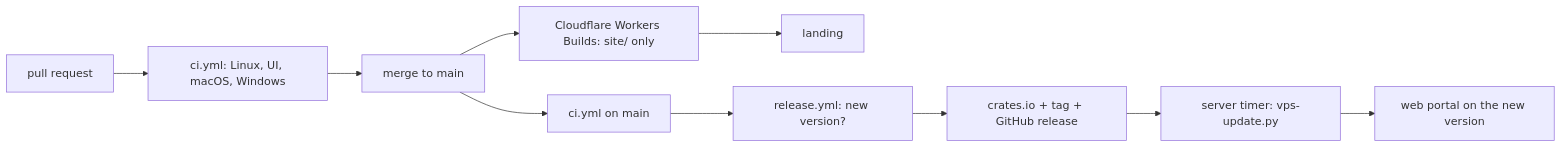
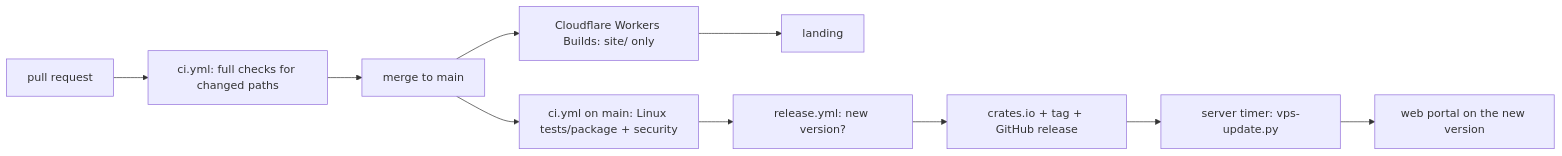
Before and after one commit to elvisbrevi/personal-teams-assistant: the diagram in docs/delivery.md, drawn with Mermaid. The commit also changed other lines of this file and 3 other files, not shown here.

````diff
--- a/docs/delivery.md
+++ b/docs/delivery.md
@@ -5,7 +5,7 @@
 ```mermaid
 flowchart LR
-  PR[pull request] --> CI[ci.yml: Linux, UI, macOS, Windows] --> M[merge to main]
+  PR[pull request] --> CI[ci.yml: full checks for changed paths] --> M[merge to main]
   M --> CF[Cloudflare Workers Builds: site/ only] --> L[landing]
-  M --> CI2[ci.yml on main] --> R[release.yml: new version?] --> C[crates.io + tag + GitHub release]
+  M --> CI2[ci.yml on main: Linux tests/package + security] --> R[release.yml: new version?] --> C[crates.io + tag + GitHub release]
   C --> U[server timer: vps-update.py] --> P[web portal on the new version]
 ```
````
